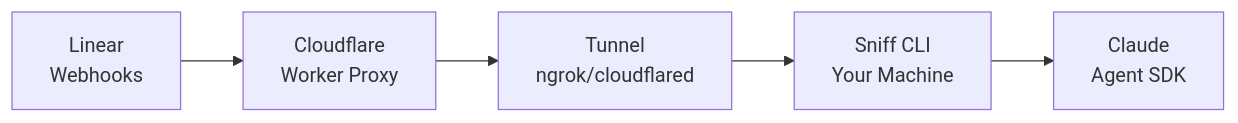
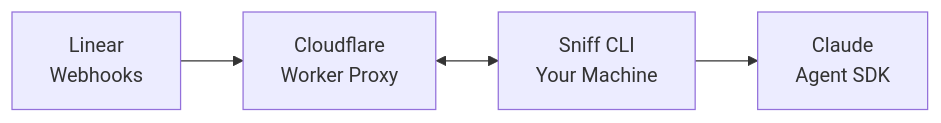
Before and after one commit to caiopizzol/sniff: the diagram in apps/docs/introduction.mdx, drawn with Mermaid. The commit also changed other lines of this file and 5 other files, not shown here.

````diff
--- a/apps/docs/introduction.mdx
+++ b/apps/docs/introduction.mdx
@@ -21,7 +21,6 @@
 ```mermaid
 flowchart LR
   Linear[Linear<br/>Webhooks] --> Proxy[Cloudflare<br/>Worker Proxy]
-  Proxy --> Tunnel[Tunnel<br/>ngrok/cloudflared]
-  Tunnel --> CLI[Sniff CLI<br/>Your Machine]
+  Proxy <--> CLI[Sniff CLI<br/>Your Machine]
   CLI --> SDK[Claude<br/>Agent SDK]
 ```
````
